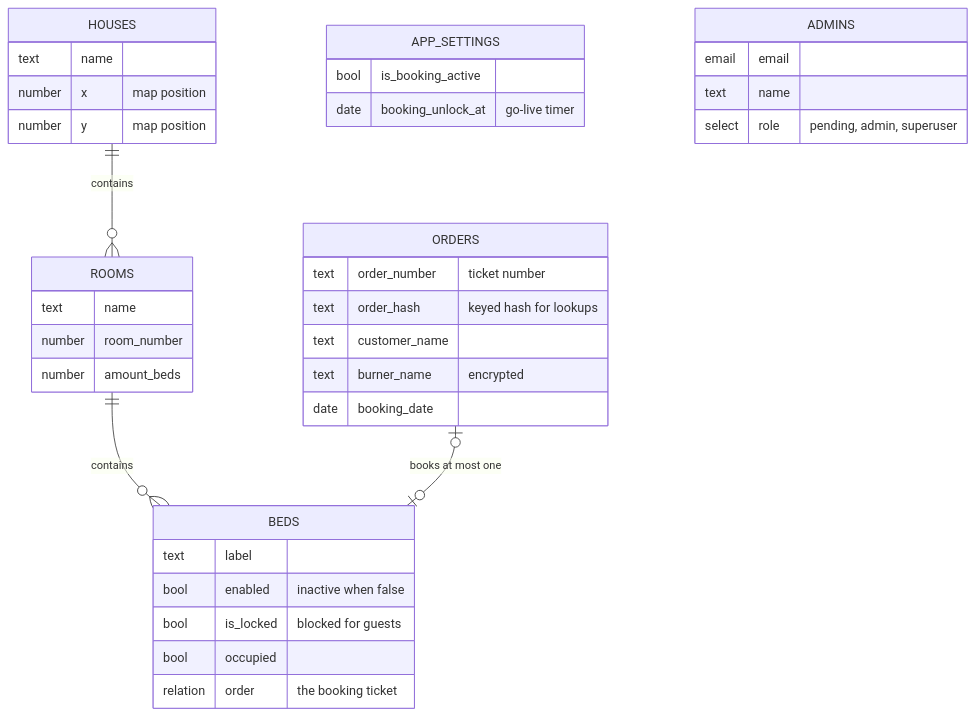
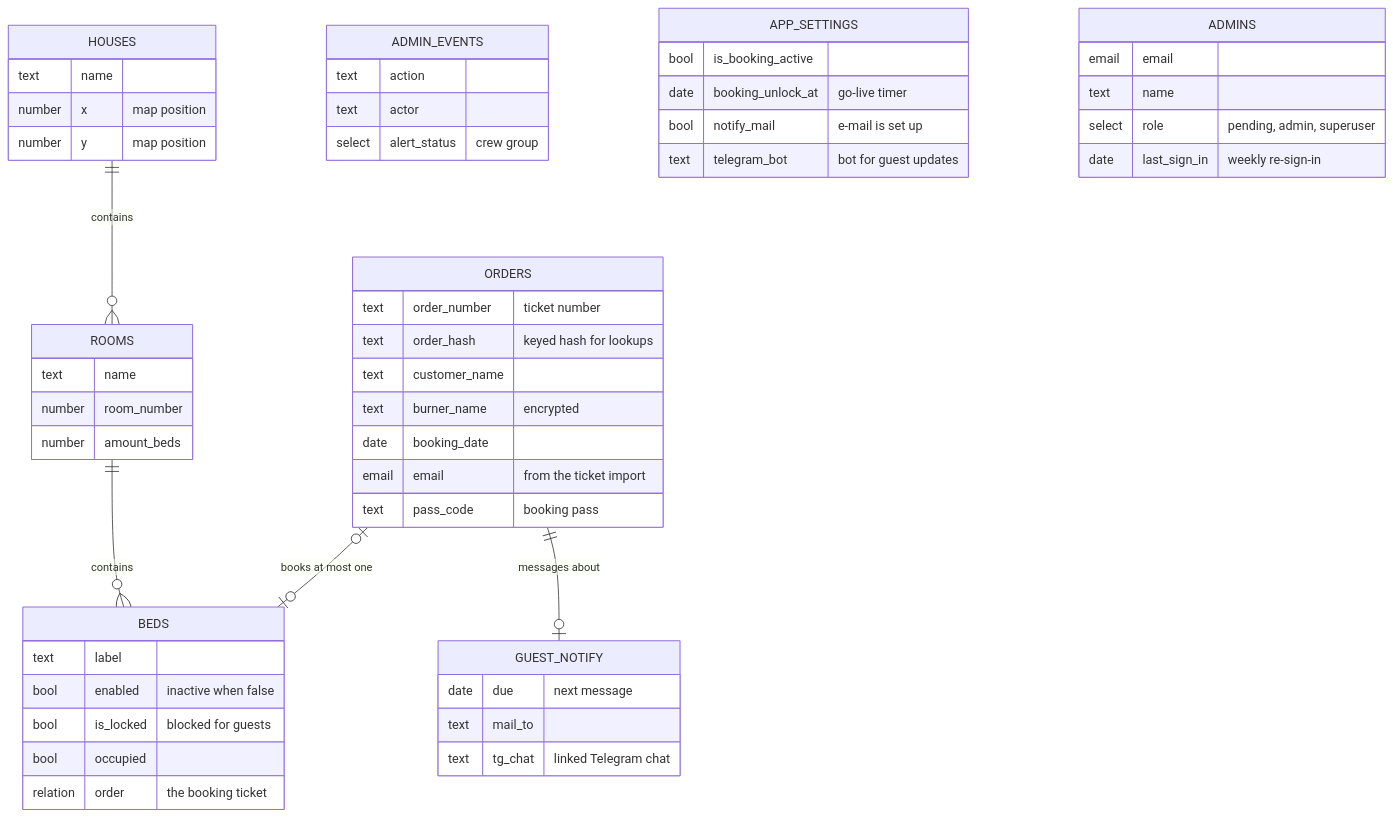
Before and after one commit to MorpheusMXML/hamburn-cozynights: the second of 3 diagrams in docs/reference/architecture.md, drawn with Mermaid. The commit also changed other lines of this file and 5 other files, not shown here.

````diff
--- a/docs/reference/architecture.md
+++ b/docs/reference/architecture.md
@@ -60,39 +65,55 @@
 ```mermaid
 erDiagram
   HOUSES ||--o{ ROOMS : contains
   ROOMS ||--o{ BEDS : contains
   ORDERS |o--o| BEDS : "books at most one"
+  ORDERS ||--o| GUEST_NOTIFY : "messages about"
   HOUSES {
     text name
     number x "map position"
     number y "map position"
   }
   ROOMS {
     text name
     number room_number
     number amount_beds
   }
   BEDS {
     text label
     bool enabled "inactive when false"
     bool is_locked "blocked for guests"
     bool occupied
     relation order "the booking ticket"
   }
   ORDERS {
     text order_number "ticket number"
     text order_hash "keyed hash for lookups"
     text customer_name
     text burner_name "encrypted"
     date booking_date
+    email email "from the ticket import"
+    text pass_code "booking pass"
+  }
+  GUEST_NOTIFY {
+    date due "next message"
+    text mail_to
+    text tg_chat "linked Telegram chat"
+  }
+  ADMIN_EVENTS {
+    text action
+    text actor
+    select alert_status "crew group"
   }
   APP_SETTINGS {
     bool is_booking_active
     date booking_unlock_at "go-live timer"
+    bool notify_mail "e-mail is set up"
+    text telegram_bot "bot for guest updates"
   }
   ADMINS {
     email email
     text name
     select role "pending, admin, superuser"
+    date last_sign_in "weekly re-sign-in"
   }
 ```
````
